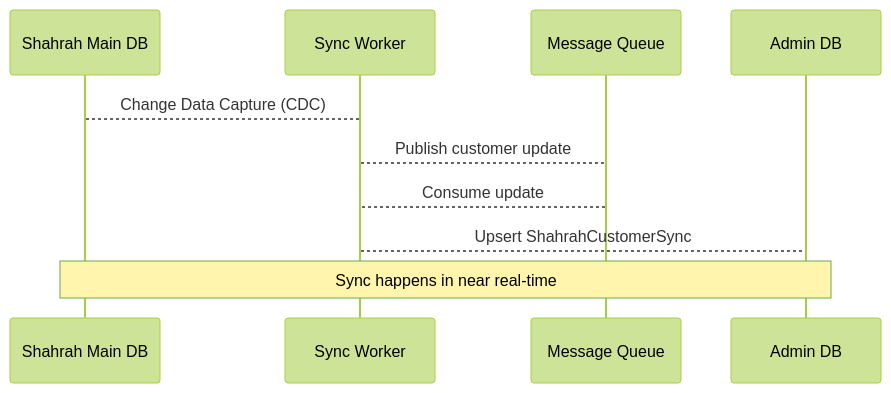
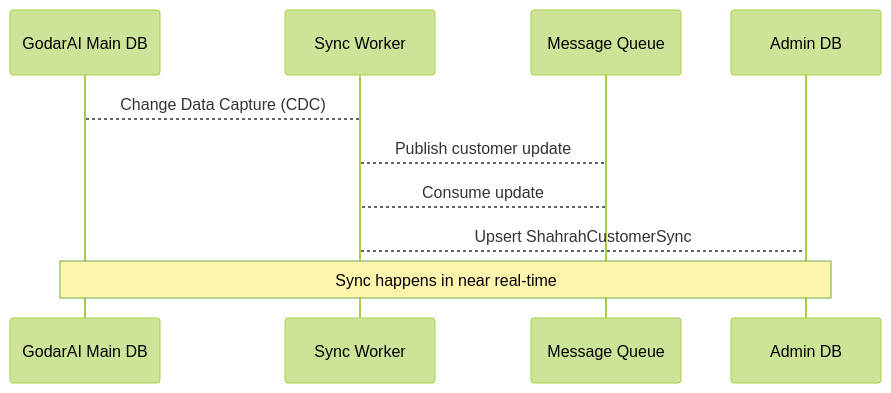
One commit to godarai-ir/Shahrah changed the third of 4 diagrams in plans/05_admin_panel.md. Above: the diagram before and after it, drawn with Mermaid (forest theme). The commit also changed other lines of this file and 38 other files, not shown here.

Commit message:
chore(plans): renaming Shahrah to GodarAI

````diff
--- a/plans/05_admin_panel.md
+++ b/plans/05_admin_panel.md
@@ -444,14 +444,14 @@
 ```mermaid
 sequenceDiagram
-    participant S as Shahrah Main DB
+    participant S as GodarAI Main DB
     participant W as Sync Worker
     participant Q as Message Queue
     participant A as Admin DB
     
     S --> W: Change Data Capture (CDC)
     W --> Q: Publish customer update
     Q --> W: Consume update
     W --> A: Upsert ShahrahCustomerSync
     
     Note over S,A: Sync happens in near real-time
 ```
````
